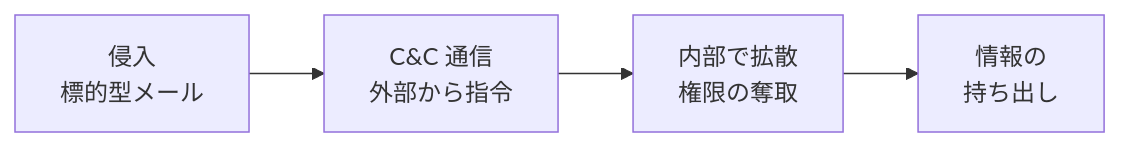
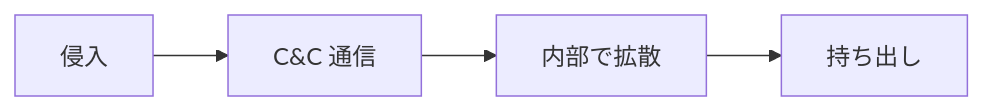
The second of 2 diagrams in network/security/security.md (nnnaanaa/document), drawn with Mermaid before and after one commit. The commit also changed other lines of this file and 2 other files, not shown here.

First line of the commit message:
新しい暗記シートの図の横幅を調整し、手順の説明を図の下に追記

````diff
--- a/network/security/security.md
+++ b/network/security/security.md
@@ -115,6 +115,4 @@
 ```mermaid
 flowchart LR
-  A["侵入<br>標的型メール"] --> B["C&C 通信<br>外部から指令"]
-  B --> C["内部で拡散<br>権限の奪取"]
-  C --> D["情報の<br>持ち出し"]
+  A["侵入"] --> B["C&C 通信"] --> C["内部で拡散"] --> D["持ち出し"]
 ```
````
